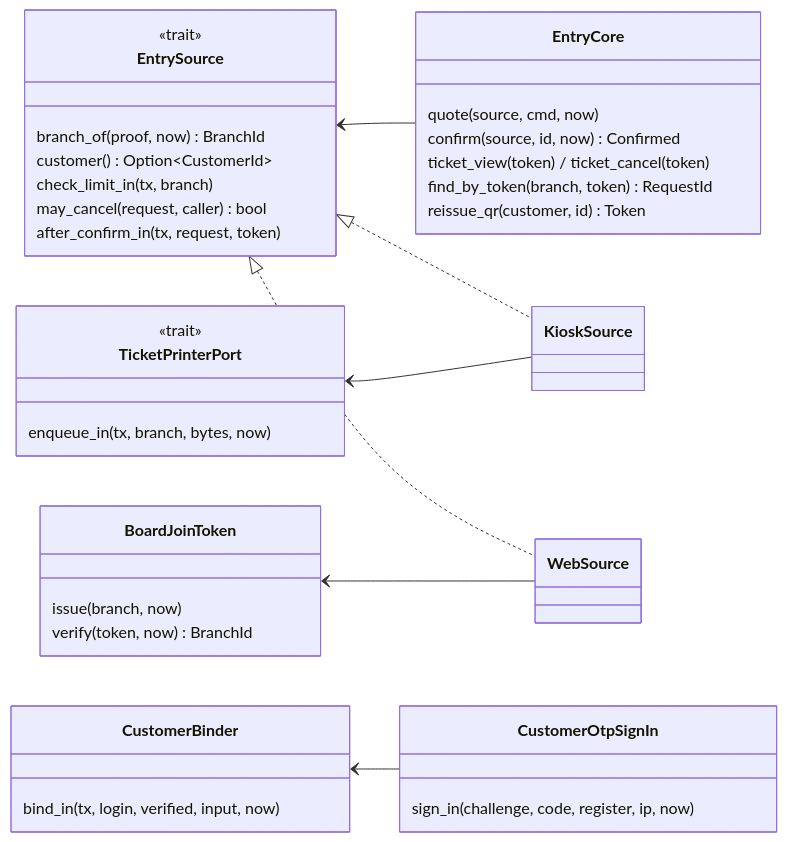
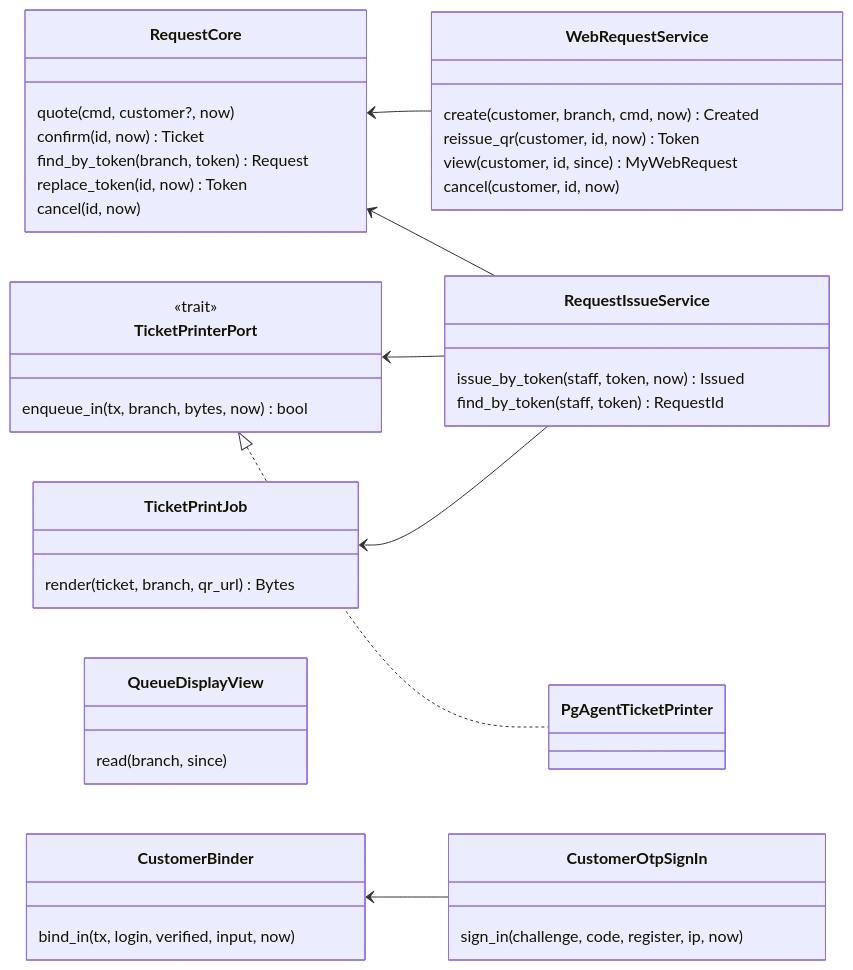
Before and after one commit to yuthstyle88/xchange-dev: the diagram in docs/design/blueprint/kiosk-shared-phone.md, drawn with Mermaid. The commit also changed other lines of this file, not shown here.

First line of the commit message:
docs(design): kiosk-shared-phone §4 — staff queue machine issues the number at the scan (owner)

````diff
--- a/docs/design/blueprint/kiosk-shared-phone.md
+++ b/docs/design/blueprint/kiosk-shared-phone.md
@@ -168,41 +161,44 @@
 ```mermaid
 classDiagram
   direction LR
-  class EntryCore {
-    quote(source, cmd, now)
-    confirm(source, id, now) Confirmed
-    ticket_view(token) / ticket_cancel(token)
-    find_by_token(branch, token) RequestId
-    reissue_qr(customer, id) Token
+  class RequestCore {
+    quote(cmd, customer?, now)
+    confirm(id, now) Ticket
+    find_by_token(branch, token) Request
+    replace_token(id, now) Token
+    cancel(id, now)
   }
-  class EntrySource {
-    <<trait>>
-    branch_of(proof, now) BranchId
-    customer() Option~CustomerId~
-    check_limit_in(tx, branch)
-    may_cancel(request, caller) bool
-    after_confirm_in(tx, request, token)
+  class WebRequestService {
+    create(customer, branch, cmd, now) Created
+    reissue_qr(customer, id, now) Token
+    view(customer, id, since) MyWebRequest
+    cancel(customer, id, now)
   }
-  class KioskSource
-  class WebSource
-  class BoardJoinToken {
-    issue(branch, now)
-    verify(token, now) BranchId
+  class RequestIssueService {
+    issue_by_token(staff, token, now) Issued
+    find_by_token(staff, token) RequestId
   }
   class TicketPrinterPort {
     <<trait>>
-    enqueue_in(tx, branch, bytes, now)
+    enqueue_in(tx, branch, bytes, now) bool
+  }
+  class PgAgentTicketPrinter
+  class TicketPrintJob {
+    render(ticket, branch, qr_url) Bytes
+  }
+  class QueueDisplayView {
+    read(branch, since)
   }
   class CustomerBinder {
     bind_in(tx, login, verified, input, now)
   }
   class CustomerOtpSignIn {
     sign_in(challenge, code, register, ip, now)
   }
-  EntrySource <-- EntryCore
-  EntrySource <|.. KioskSource
-  EntrySource <|.. WebSource
-  BoardJoinToken <-- WebSource
-  TicketPrinterPort <-- KioskSource
+  RequestCore <-- WebRequestService
+  RequestCore <-- RequestIssueService
+  TicketPrinterPort <-- RequestIssueService
+  TicketPrinterPort <|.. PgAgentTicketPrinter
+  TicketPrintJob <-- RequestIssueService
   CustomerBinder <-- CustomerOtpSignIn
 ```
````
